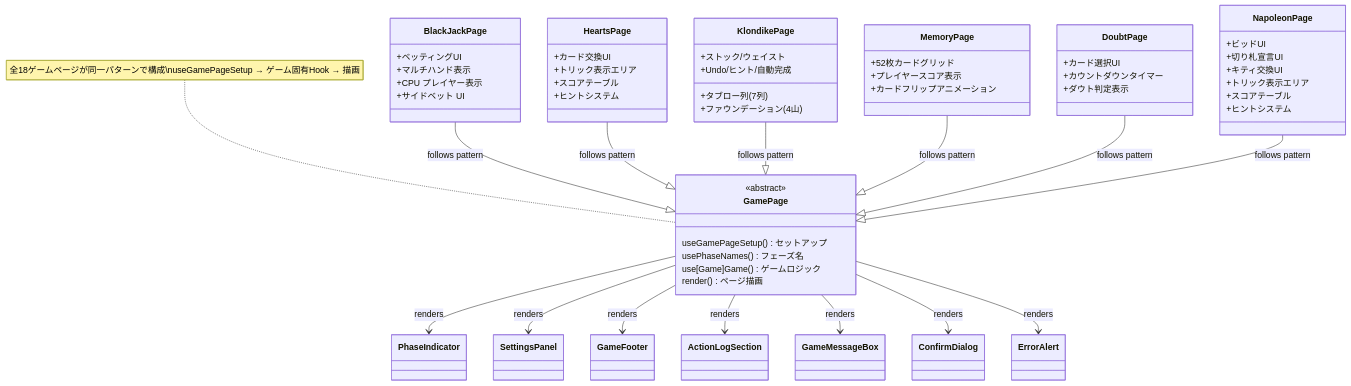
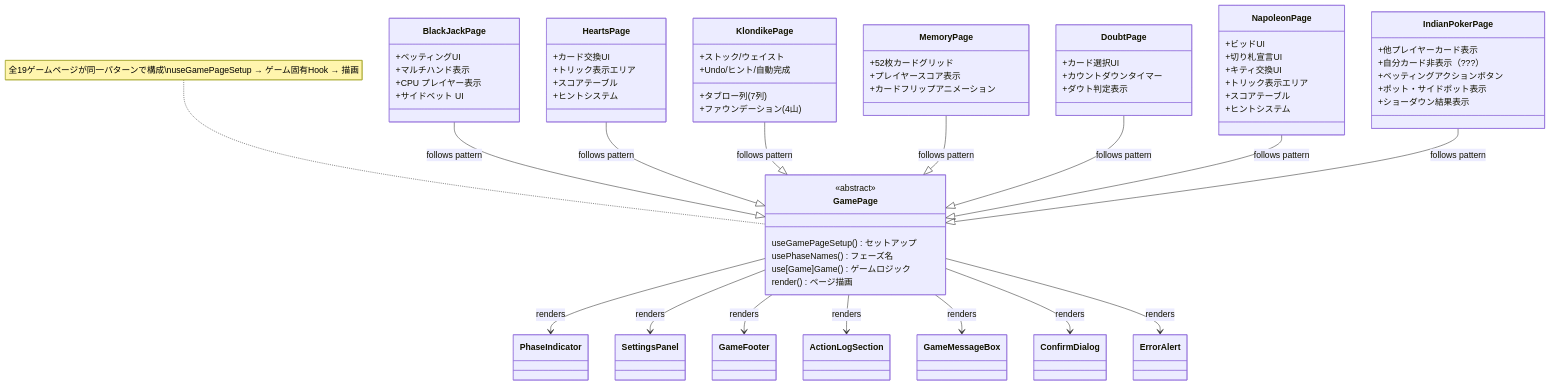
One commit to yuta-yoshinaga/go_trumpcards changed the seventh of 16 diagrams in docs/design/frontend.md. Above: the diagram before and after it, drawn with Mermaid. The commit also changed other lines of this file and 53 other files, not shown here.

First line of the commit message:
feat: add Indian Poker (インディアンポーカー) card game

````diff
--- a/docs/design/frontend.md
+++ b/docs/design/frontend.md
@@ -475,69 +484,78 @@
 ```mermaid
 classDiagram
     class GamePage {
         <<abstract>>
         useGamePageSetup() セットアップ
         usePhaseNames() フェーズ名
         use[Game]Game() ゲームロジック
         render() ページ描画
     }
 
     class BlackJackPage {
         +ベッティングUI
         +マルチハンド表示
         +CPU プレイヤー表示
         +サイドベット UI
     }
 
     class HeartsPage {
         +カード交換UI
         +トリック表示エリア
         +スコアテーブル
         +ヒントシステム
     }
 
     class KlondikePage {
         +タブロー列 (7列)
         +ファウンデーション (4山)
         +ストック/ウェイスト
         +Undo/ヒント/自動完成
     }
 
     class MemoryPage {
         +52枚カードグリッド
         +プレイヤースコア表示
         +カードフリップアニメーション
     }
 
     class DoubtPage {
         +カード選択UI
         +カウントダウンタイマー
         +ダウト判定表示
     }
 
     class NapoleonPage {
         +ビッドUI
         +切り札宣言UI
         +キティ交換UI
         +トリック表示エリア
         +スコアテーブル
         +ヒントシステム
     }
 
+    class IndianPokerPage {
+        +他プレイヤーカード表示
+        +自分カード非表示（???）
+        +ベッティングアクションボタン
+        +ポット・サイドポット表示
+        +ショーダウン結果表示
+    }
+
     BlackJackPage --|> GamePage : follows pattern
     HeartsPage --|> GamePage : follows pattern
     KlondikePage --|> GamePage : follows pattern
     MemoryPage --|> GamePage : follows pattern
     DoubtPage --|> GamePage : follows pattern
     NapoleonPage --|> GamePage : follows pattern
+    IndianPokerPage --|> GamePage : follows pattern
 
     GamePage --> PhaseIndicator : renders
     GamePage --> SettingsPanel : renders
     GamePage --> GameFooter : renders
     GamePage --> ActionLogSection : renders
     GamePage --> GameMessageBox : renders
     GamePage --> ConfirmDialog : renders
     GamePage --> ErrorAlert : renders
 
-    note for GamePage "全18ゲームページが同一パターンで構成\nuseGamePageSetup → ゲーム固有Hook → 描画"
+    note for GamePage "全19ゲームページが同一パターンで構成\nuseGamePageSetup → ゲーム固有Hook → 描画"
 ```
````
